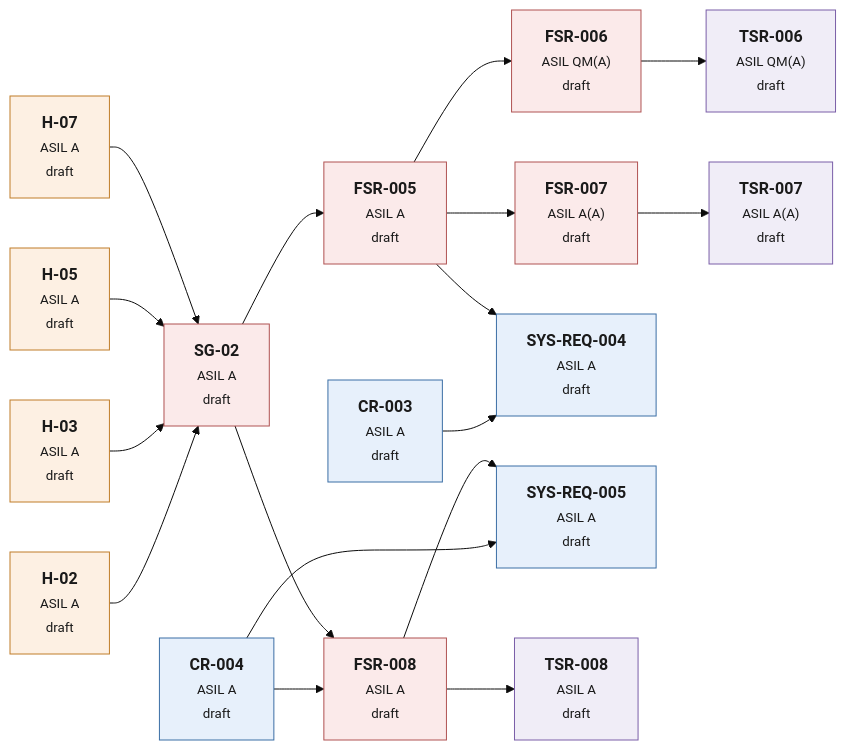
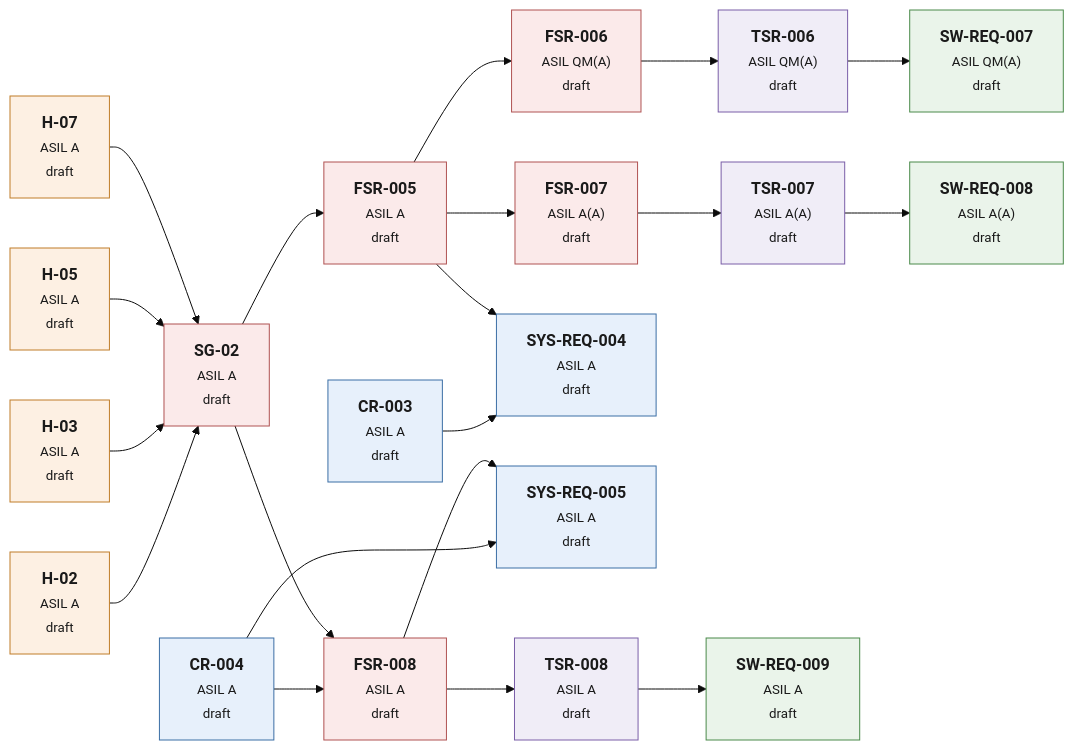
Before and after one commit to bny61/beleuchtungssystem-aspice: the third of 3 diagrams in 07_verification/reports/traceability_views.md, drawn with Mermaid (base theme). The commit also changed other lines of this file and 34 other files, not shown here.

````diff
--- a/07_verification/reports/traceability_views.md
+++ b/07_verification/reports/traceability_views.md
@@ -443,63 +492,74 @@
 ```mermaid
 flowchart LR
     CR_003["<b>CR-003</b><br/><small>ASIL A</small><br/><small>draft</small>"]
     CR_004["<b>CR-004</b><br/><small>ASIL A</small><br/><small>draft</small>"]
     H_02["<b>H-02</b><br/><small>ASIL A</small><br/><small>draft</small>"]
     H_03["<b>H-03</b><br/><small>ASIL A</small><br/><small>draft</small>"]
     H_05["<b>H-05</b><br/><small>ASIL A</small><br/><small>draft</small>"]
     H_07["<b>H-07</b><br/><small>ASIL A</small><br/><small>draft</small>"]
     SG_02["<b>SG-02</b><br/><small>ASIL A</small><br/><small>draft</small>"]
     FSR_005["<b>FSR-005</b><br/><small>ASIL A</small><br/><small>draft</small>"]
     FSR_006["<b>FSR-006</b><br/><small>ASIL QM(A)</small><br/><small>draft</small>"]
     FSR_007["<b>FSR-007</b><br/><small>ASIL A(A)</small><br/><small>draft</small>"]
     FSR_008["<b>FSR-008</b><br/><small>ASIL A</small><br/><small>draft</small>"]
     SYS_REQ_004["<b>SYS-REQ-004</b><br/><small>ASIL A</small><br/><small>draft</small>"]
     SYS_REQ_005["<b>SYS-REQ-005</b><br/><small>ASIL A</small><br/><small>draft</small>"]
     TSR_006["<b>TSR-006</b><br/><small>ASIL QM(A)</small><br/><small>draft</small>"]
     TSR_007["<b>TSR-007</b><br/><small>ASIL A(A)</small><br/><small>draft</small>"]
     TSR_008["<b>TSR-008</b><br/><small>ASIL A</small><br/><small>draft</small>"]
+    SW_REQ_007["<b>SW-REQ-007</b><br/><small>ASIL QM(A)</small><br/><small>draft</small>"]
+    SW_REQ_008["<b>SW-REQ-008</b><br/><small>ASIL A(A)</small><br/><small>draft</small>"]
+    SW_REQ_009["<b>SW-REQ-009</b><br/><small>ASIL A</small><br/><small>draft</small>"]
     CR_003 --> SYS_REQ_004
     CR_004 --> FSR_008
     CR_004 --> SYS_REQ_005
     FSR_005 --> FSR_006
     FSR_005 --> FSR_007
     FSR_005 --> SYS_REQ_004
     FSR_006 --> TSR_006
     FSR_007 --> TSR_007
     FSR_008 --> SYS_REQ_005
     FSR_008 --> TSR_008
     H_02 --> SG_02
     H_03 --> SG_02
     H_05 --> SG_02
     H_07 --> SG_02
     SG_02 --> FSR_005
     SG_02 --> FSR_008
+    TSR_006 --> SW_REQ_007
+    TSR_007 --> SW_REQ_008
+    TSR_008 --> SW_REQ_009
     classDef cr fill:#e7f0fb,stroke:#3b6ea5,color:#1a1a1a
     class CR_003,CR_004 cr
     classDef fsr fill:#fbeaea,stroke:#b05252,color:#1a1a1a
     class FSR_005,FSR_006,FSR_007,FSR_008 fsr
     classDef h fill:#fdf0e3,stroke:#c07d29,color:#1a1a1a
     class H_02,H_03,H_05,H_07 h
     classDef sg fill:#fbeaea,stroke:#b05252,color:#1a1a1a
     class SG_02 sg
+    classDef sw_req fill:#eaf4ea,stroke:#4a8a4a,color:#1a1a1a
+    class SW_REQ_007,SW_REQ_008,SW_REQ_009 sw_req
     classDef sys_req fill:#e7f0fb,stroke:#3b6ea5,color:#1a1a1a
     class SYS_REQ_004,SYS_REQ_005 sys_req
     classDef tsr fill:#f0edf7,stroke:#7a5ea8,color:#1a1a1a
     class TSR_006,TSR_007,TSR_008 tsr
     click CR_003 href "../../01_requirements/customer/CR-003.md" "CR-003"
     click CR_004 href "../../01_requirements/customer/CR-004.md" "CR-004"
     click H_02 href "../../02_safety/02_hara/H-02.md" "H-02"
     click H_03 href "../../02_safety/02_hara/H-03.md" "H-03"
     click H_05 href "../../02_safety/02_hara/H-05.md" "H-05"
     click H_07 href "../../02_safety/02_hara/H-07.md" "H-07"
     click SG_02 href "../../02_safety/03_fsc/SG-02.md" "SG-02"
     click FSR_005 href "../../02_safety/03_fsc/FSR-005.md" "FSR-005"
     click FSR_006 href "../../02_safety/03_fsc/FSR-006.md" "FSR-006"
     click FSR_007 href "../../02_safety/03_fsc/FSR-007.md" "FSR-007"
     click FSR_008 href "../../02_safety/03_fsc/FSR-008.md" "FSR-008"
     click SYS_REQ_004 href "../../01_requirements/system/SYS-REQ-004.md" "SYS-REQ-004"
     click SYS_REQ_005 href "../../01_requirements/system/SYS-REQ-005.md" "SYS-REQ-005"
     click TSR_006 href "../../02_safety/04_tsc/TSR-006.md" "TSR-006"
     click TSR_007 href "../../02_safety/04_tsc/TSR-007.md" "TSR-007"
     click TSR_008 href "../../02_safety/04_tsc/TSR-008.md" "TSR-008"
+    click SW_REQ_007 href "../../06_software/SW-REQ-007.md" "SW-REQ-007"
+    click SW_REQ_008 href "../../06_software/SW-REQ-008.md" "SW-REQ-008"
+    click SW_REQ_009 href "../../06_software/SW-REQ-009.md" "SW-REQ-009"
 ```
````
